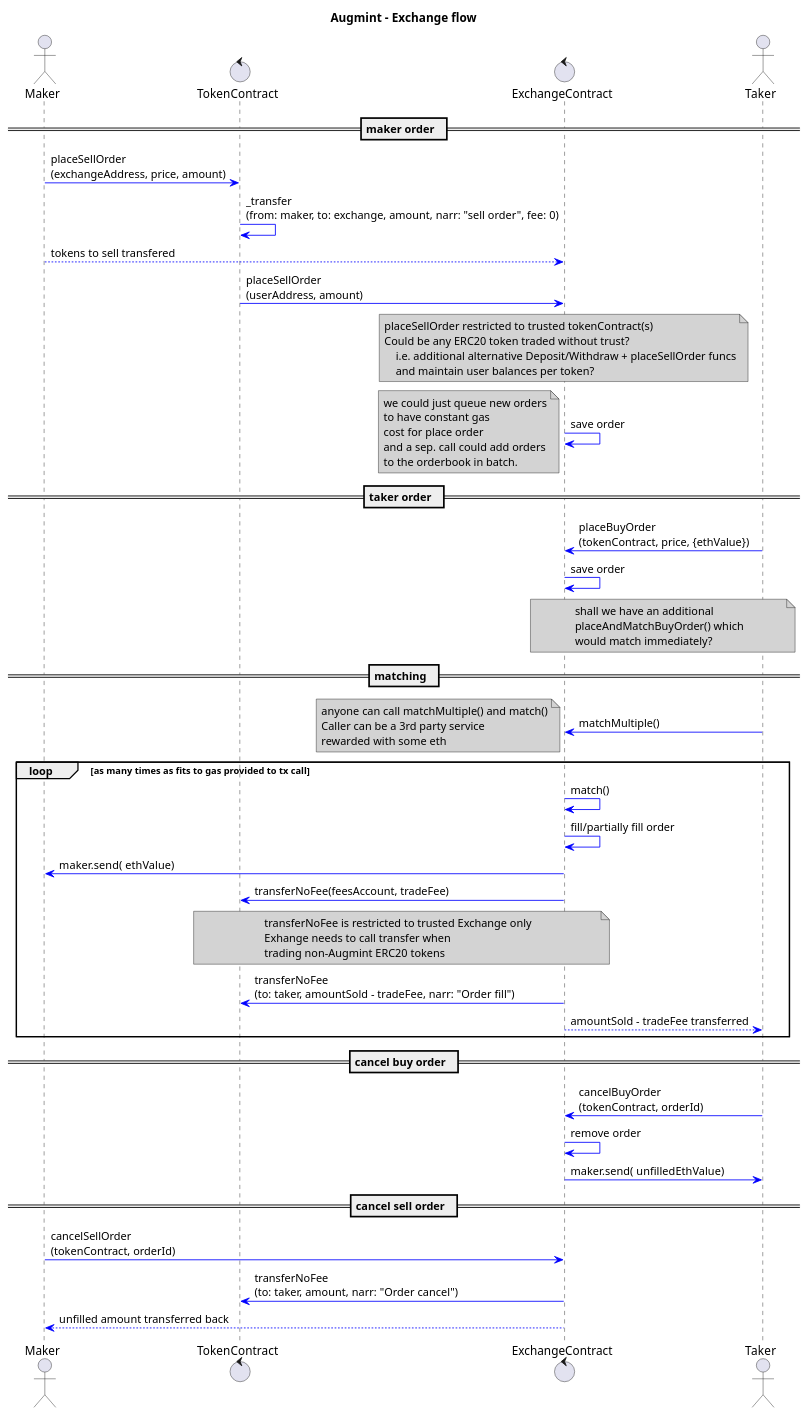
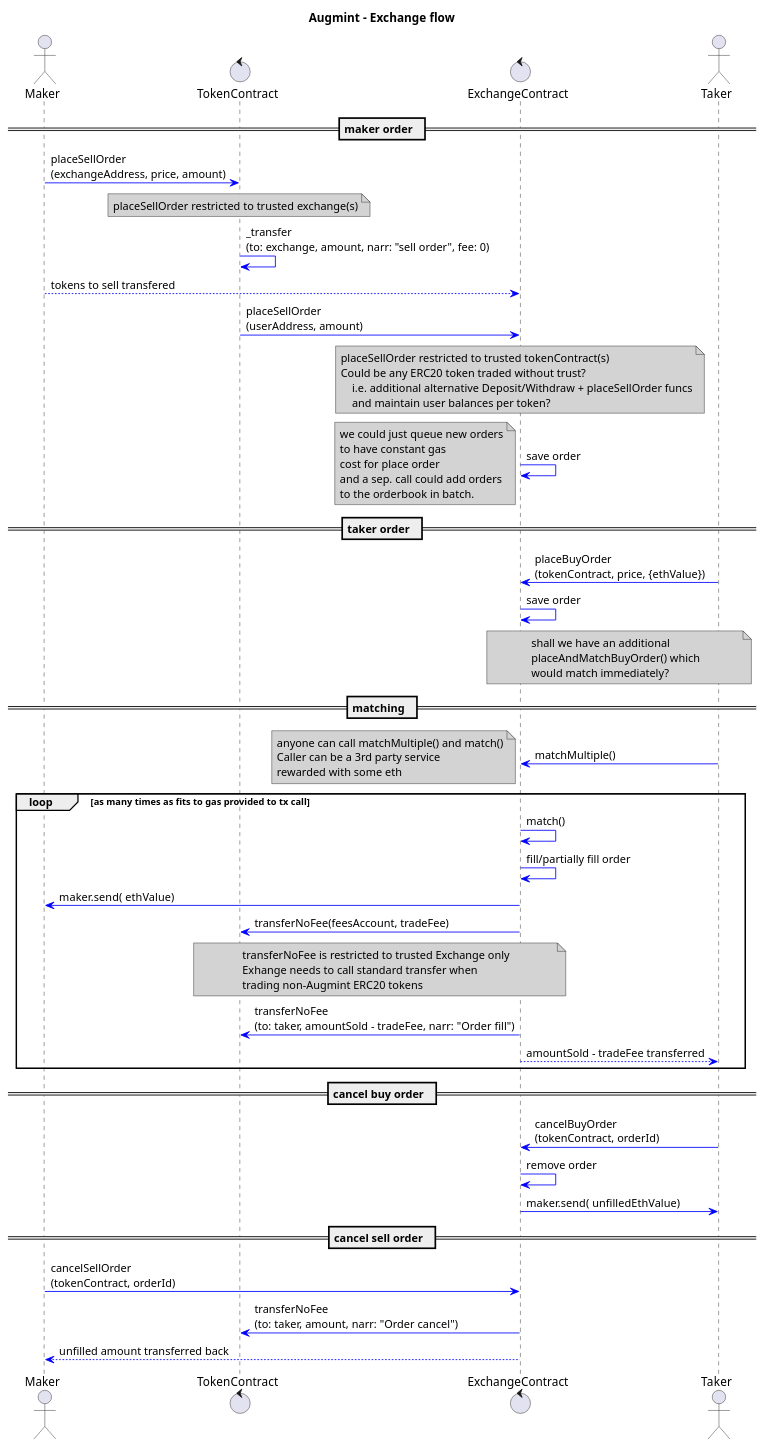
One commit to Augmint/augmint-web changed the diagram in docs/exchangeFlow.plantuml. Above: the diagram before and after it, drawn with PlantUML. The commit also changed 3 other files, not shown here.

Commit message:
sequence diagram updates

```diff
--- a/docs/exchangeFlow.plantuml
+++ b/docs/exchangeFlow.plantuml
@@ -1,64 +1,67 @@
 @startuml
 title **Augmint** - Exchange flow
 skinparam ArrowColor #blue
 skinparam noteBackgroundColor #lightgrey
 actor Maker
 control TokenContract
 control ExchangeContract
 actor Taker
 == maker order  ==
 Maker -> TokenContract : placeSellOrder\n(exchangeAddress, price, amount)
-TokenContract -> TokenContract : _transfer\n(from: maker, to: exchange, amount, narr: "sell order", fee: 0)
+note over TokenContract 
+    placeSellOrder restricted to trusted exchange(s)
+end note
+TokenContract -> TokenContract : _transfer\n(to: exchange, amount, narr: "sell order", fee: 0)
 Maker --> ExchangeContract : tokens to sell transfered
 TokenContract -> ExchangeContract : placeSellOrder\n(userAddress, amount)
 note over ExchangeContract
     placeSellOrder restricted to trusted tokenContract(s)
     Could be any ERC20 token traded without trust?
         i.e. additional alternative Deposit/Withdraw + placeSellOrder funcs
         and maintain user balances per token?
 end note
 ExchangeContract -> ExchangeContract : save order
 note left
     we could just queue new orders
     to have constant gas
     cost for place order
     and a sep. call could add orders
     to the orderbook in batch.
 end note
 == taker order  ==
 Taker -> ExchangeContract : placeBuyOrder\n(tokenContract, price, {ethValue})
 ExchangeContract -> ExchangeContract : save order
 note over ExchangeContract, Taker
     shall we have an additional
     placeAndMatchBuyOrder() which
     would match immediately?
 end note
 == matching  ==
 Taker -> ExchangeContract : matchMultiple()
 note left
     anyone can call matchMultiple() and match()
     Caller can be a 3rd party service
     rewarded with some eth
 end note
 loop as many times as fits to gas provided to tx call
     ExchangeContract -> ExchangeContract : match()
     ExchangeContract -> ExchangeContract : fill/partially fill order
     ExchangeContract -> Maker : maker.send( ethValue)
     ExchangeContract -> TokenContract : transferNoFee(feesAccount, tradeFee)
     note over TokenContract, ExchangeContract
         transferNoFee is restricted to trusted Exchange only
-        Exhange needs to call transfer when
+        Exhange needs to call standard transfer when
         trading non-Augmint ERC20 tokens
     end note
     ExchangeContract -> TokenContract : transferNoFee\n(to: taker, amountSold - tradeFee, narr: "Order fill")
     ExchangeContract --> Taker : amountSold - tradeFee transferred
 end
 == cancel buy order  ==
 Taker -> ExchangeContract : cancelBuyOrder\n(tokenContract, orderId)
 ExchangeContract -> ExchangeContract : remove order
 ExchangeContract -> Taker : maker.send( unfilledEthValue)
 == cancel sell order  ==
 Maker -> ExchangeContract : cancelSellOrder\n(tokenContract, orderId)
 ExchangeContract -> TokenContract : transferNoFee\n(to: taker, amount, narr: "Order cancel")
 ExchangeContract --> Maker : unfilled amount transferred back
 @enduml
```
